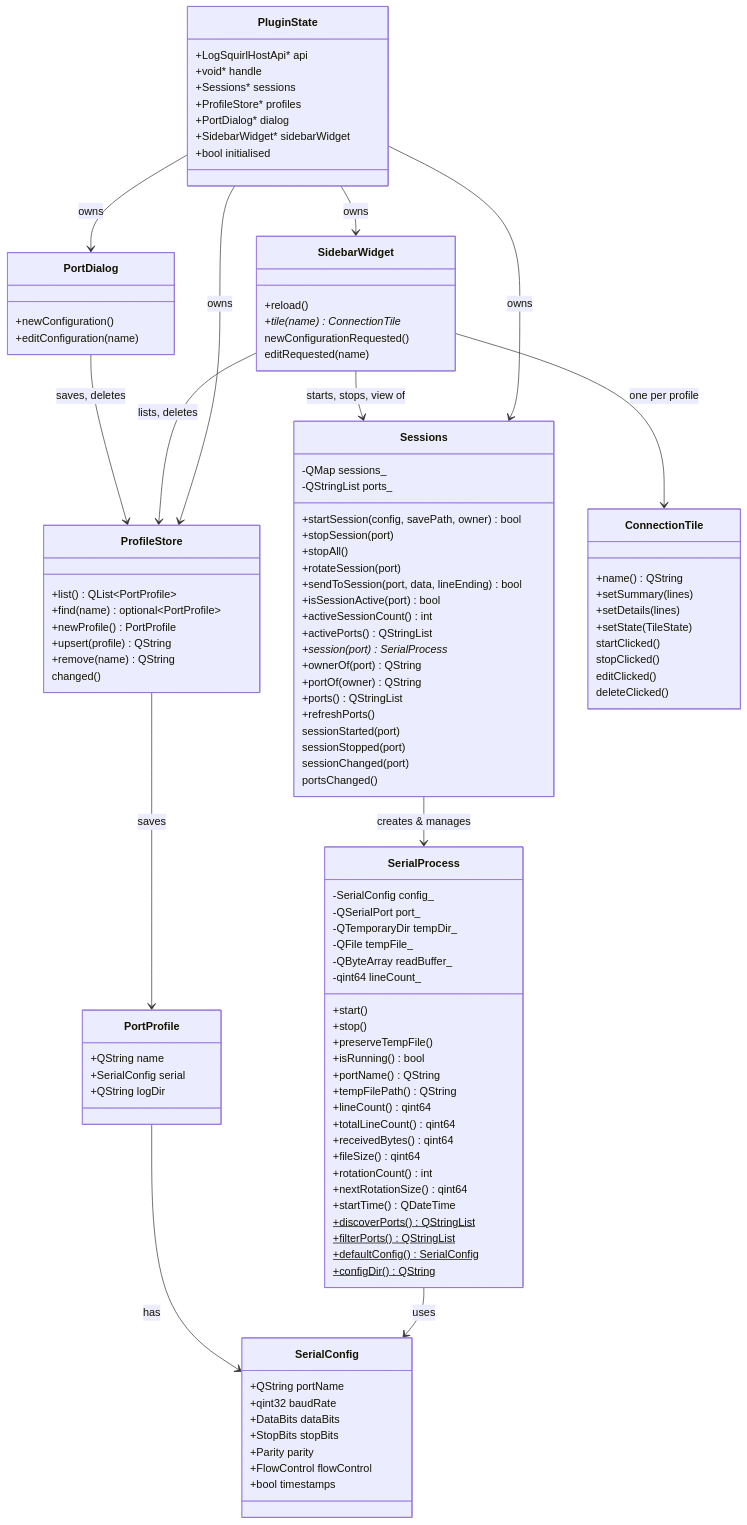
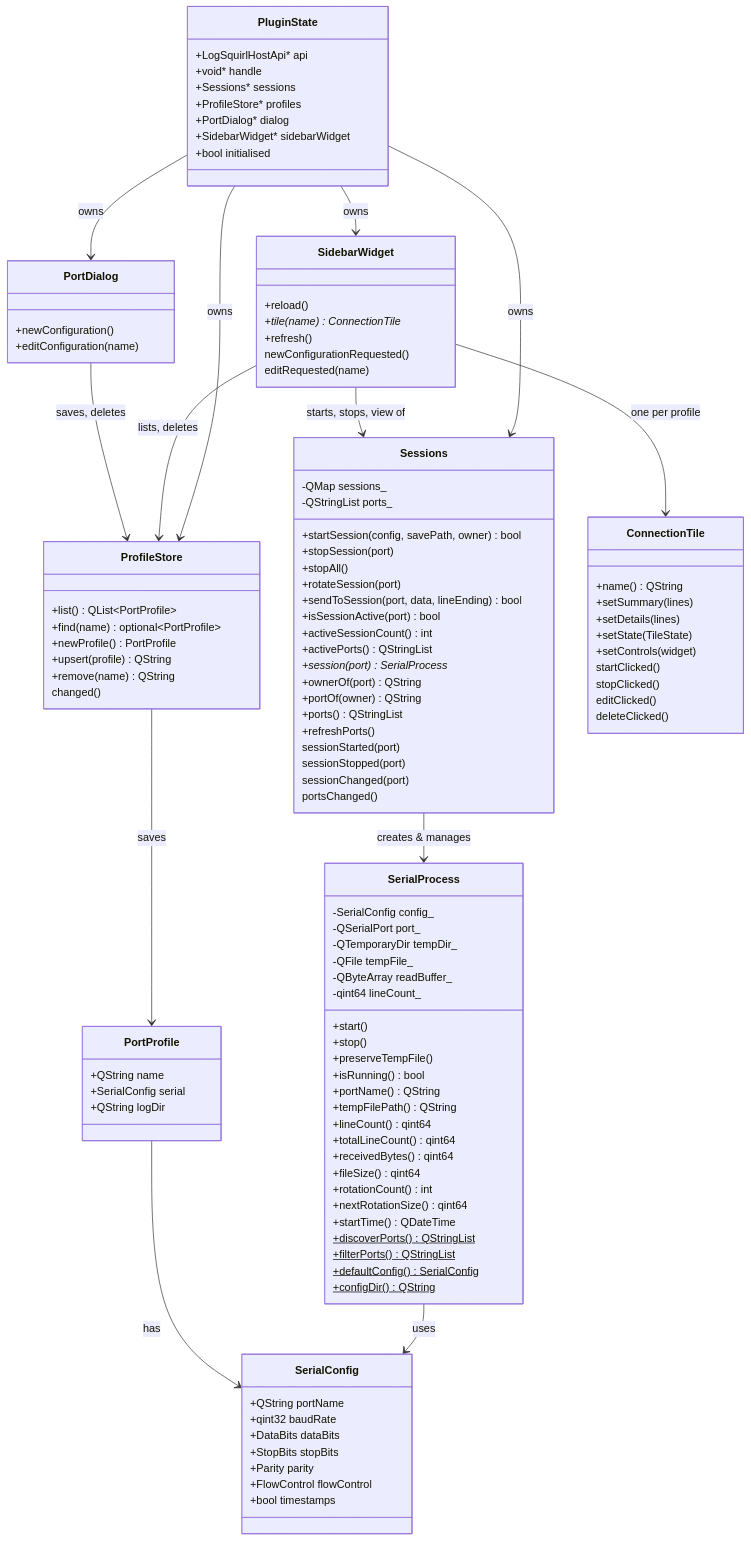
The second of 2 diagrams in docs/DEVELOPER_GUIDE.md (64x-lunicorn/LogSquirl-Serial), drawn with Mermaid before and after one commit. The commit also changed other lines of this file and 8 other files, not shown here.

```diff
--- a/docs/DEVELOPER_GUIDE.md
+++ b/docs/DEVELOPER_GUIDE.md
@@ -155,6 +155,7 @@
     class SidebarWidget {
         +reload()
         +tile(name) ConnectionTile*
+        +refresh()
         newConfigurationRequested()
         editRequested(name)
     }
@@ -164,6 +165,7 @@
         +setSummary(lines)
         +setDetails(lines)
         +setState(TileState)
+        +setControls(widget)
         startClicked()
         stopClicked()
         editClicked()
```
